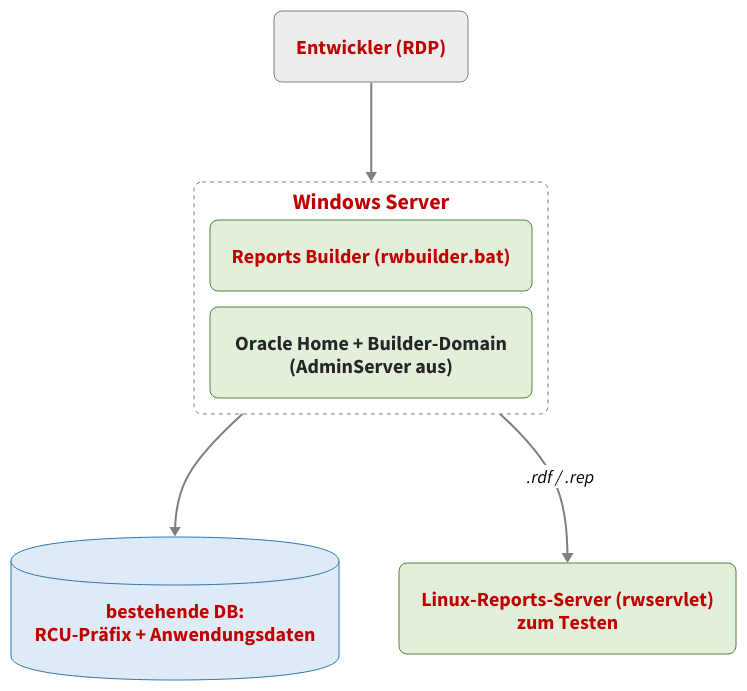
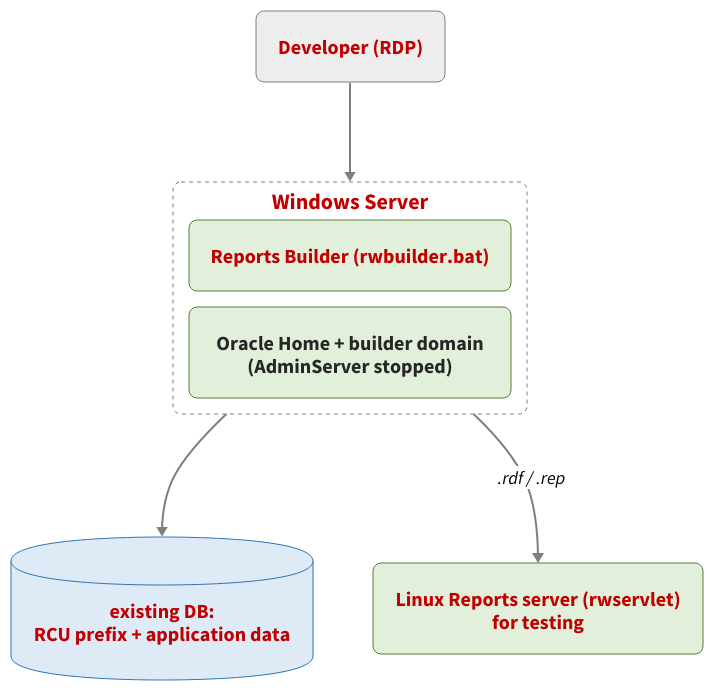
The diagram in 70-Customer-Projects/Reports14_builder_windows/diagrams/builder-windows.d2 (gpipperr/IHateWeblogic), drawn with D2 before and after one commit. The commit also changed 4 other files, not shown here.

Commit message:
Reports14_builder_windows: diagram builder-windows in English (ASCII + .d2, SVG rendered from the hand-edited .d2, no LLM call), German explanation line removed; image link with ?v=, "Source:" / "ASCII version".

```diff
--- a/70-Customer-Projects/Reports14_builder_windows/diagrams/builder-windows.d2
+++ b/70-Customer-Projects/Reports14_builder_windows/diagrams/builder-windows.d2
@@ -1,86 +1,86 @@
 direction: down
 
-entwickler: "Entwickler (RDP)" {
+entwickler: "Developer (RDP)" {
   style.fill: "#EDEDED"
   style.stroke: "#7F7F7F"
   style.border-radius: 8
   style.stroke-width: 1
   style.shadow: false
   style.font-size: 20
   style.font-color: "#C00000"
 }
 
 windows: "Windows Server" {
   grid-columns: 1
   grid-gap: 16
   style.fill: "#FFFFFF"
   style.stroke: "#7F7F7F"
   style.stroke-dash: 4
   style.border-radius: 8
   style.stroke-width: 1
   style.shadow: false
   style.font-size: 22
   style.bold: true
   style.font-color: "#C00000"
 
   builder: "Reports Builder (rwbuilder.bat)" {
     style.fill: "#E2EFDA"
     style.stroke: "#548235"
     style.border-radius: 8
     style.stroke-width: 1
     style.shadow: false
     style.font-size: 20
     style.font-color: "#C00000"
   }
 
-  home: "Oracle Home + Builder-Domain\n(AdminServer aus)" {
+  home: "Oracle Home + builder domain\n(AdminServer stopped)" {
     style.fill: "#E2EFDA"
     style.stroke: "#548235"
     style.border-radius: 8
     style.stroke-width: 1
     style.shadow: false
     style.font-size: 20
     style.font-color: "#262626"
   }
 }
 
-db: "bestehende DB:\nRCU-Präfix + Anwendungsdaten" {
+db: "existing DB:\nRCU prefix + application data" {
   shape: cylinder
   style.fill: "#DEEBF7"
   style.stroke: "#2E75B6"
   style.stroke-width: 1
   style.shadow: false
   style.font-size: 20
   style.font-color: "#C00000"
 }
 
-linux: "Linux-Reports-Server (rwservlet)\nzum Testen" {
+linux: "Linux Reports server (rwservlet)\nfor testing" {
   style.fill: "#E2EFDA"
   style.stroke: "#548235"
   style.border-radius: 8
   style.stroke-width: 1
   style.shadow: false
   style.font-size: 20
   style.font-color: "#C00000"
 }
 
 entwickler -> windows {
   style.stroke: "#7F7F7F"
   style.stroke-width: 2
   style.font-size: 18
   style.font-color: "#000000"
 }
 
 windows -> db {
   style.stroke: "#7F7F7F"
   style.stroke-width: 2
   style.font-size: 18
   style.font-color: "#000000"
 }
 
 windows -> linux: ".rdf / .rep" {
   style.stroke: "#7F7F7F"
   style.stroke-width: 2
   style.font-size: 18
   style.font-color: "#000000"
 }
```
